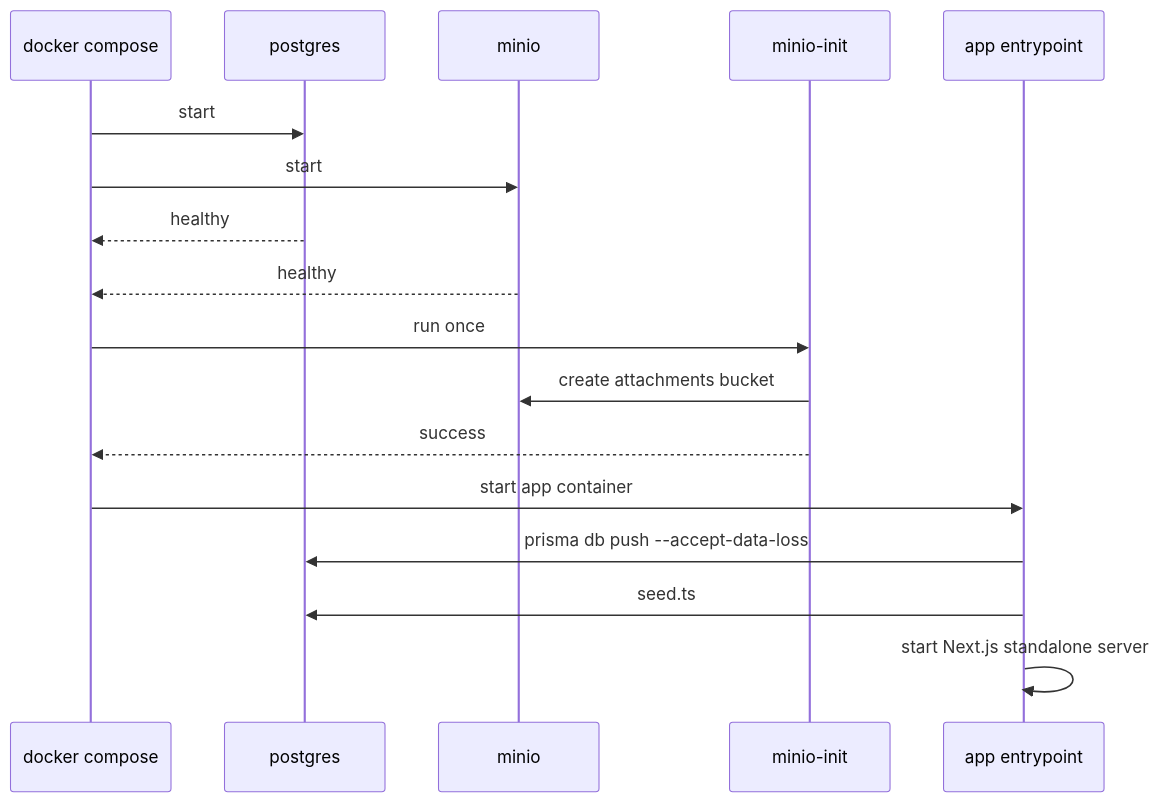
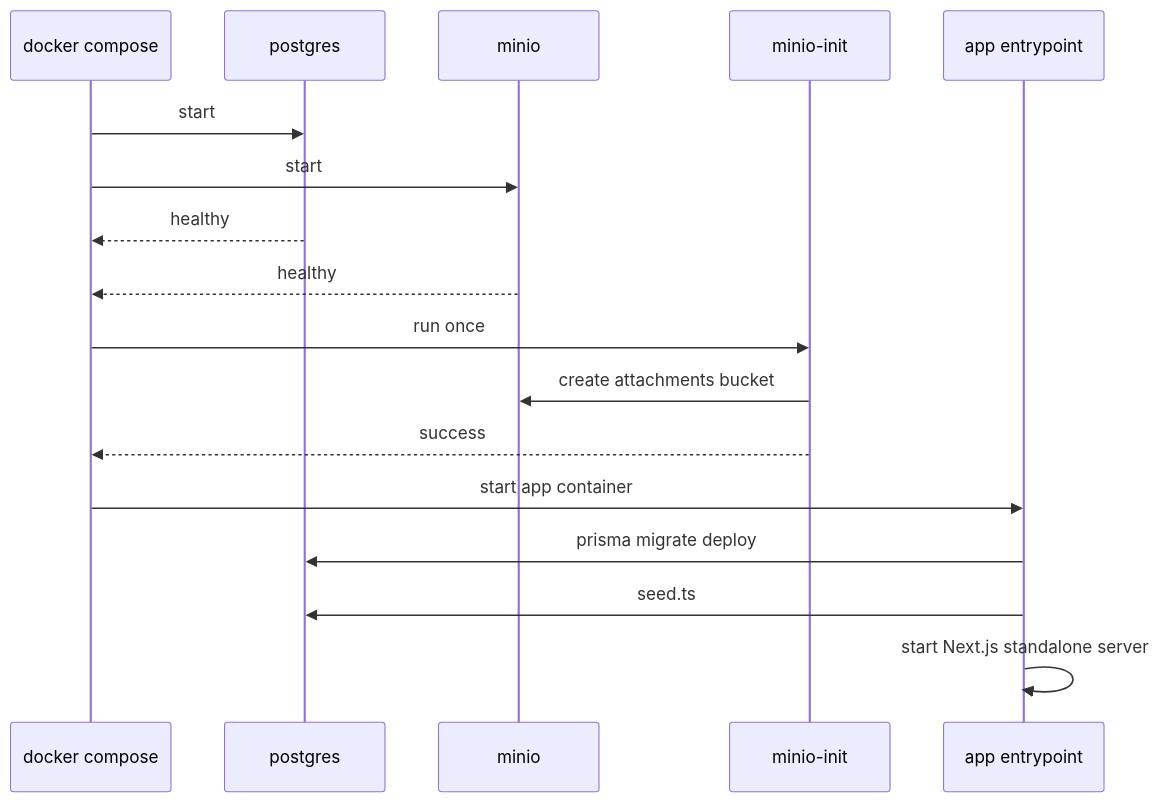
The seventh of 7 diagrams in README.md (sametcn99/application-tracker), drawn with Mermaid before and after one commit. The commit also changed other lines of this file and 72 other files, not shown here.

````diff
--- a/README.md
+++ b/README.md
@@ -476,20 +474,20 @@
 ```mermaid
 sequenceDiagram
     participant DC as docker compose
     participant PG as postgres
     participant M as minio
     participant MI as minio-init
     participant APP as app entrypoint
 
     DC->>PG: start
     DC->>M: start
     PG-->>DC: healthy
     M-->>DC: healthy
     DC->>MI: run once
     MI->>M: create attachments bucket
     MI-->>DC: success
     DC->>APP: start app container
-    APP->>PG: prisma db push --accept-data-loss
+    APP->>PG: prisma migrate deploy
     APP->>PG: seed.ts
     APP->>APP: start Next.js standalone server
 ```
````
